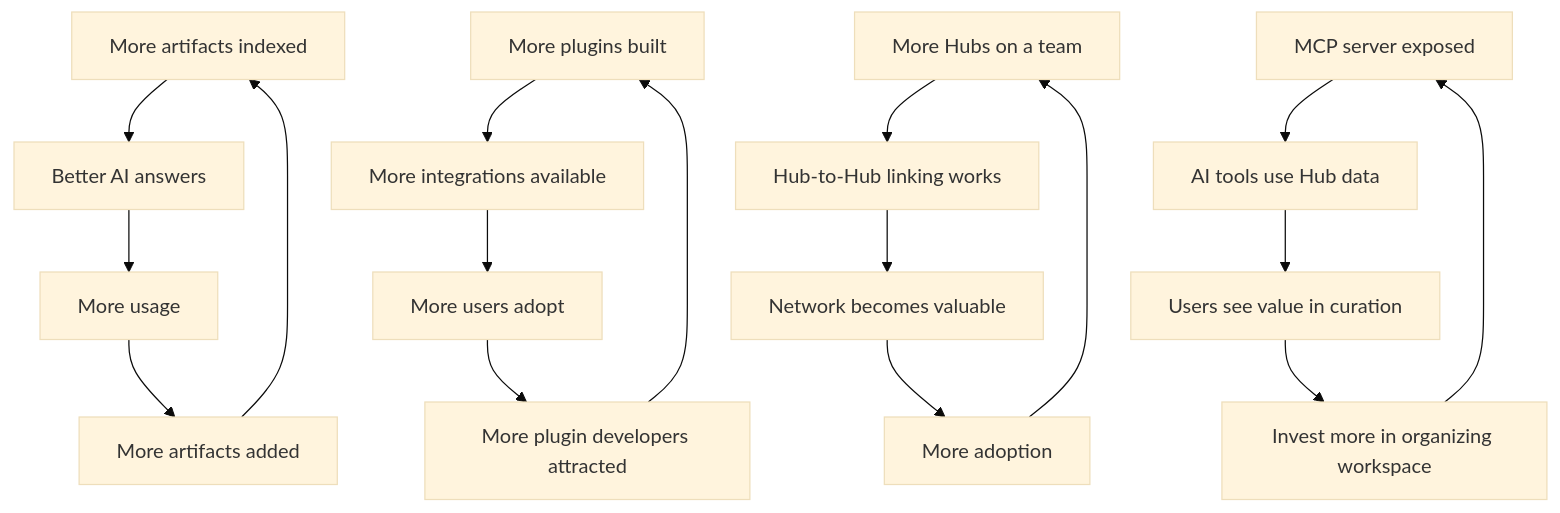
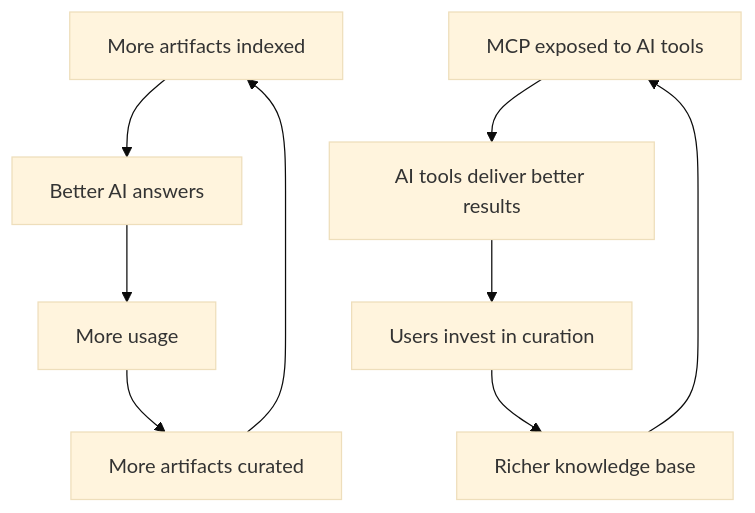
Before and after one commit to ahmedkhaledmohamed/the-hub: the fourth of 4 diagrams in docs/future-developments.md, drawn with Mermaid (base theme). The commit also changed other lines of this file, not shown here.

````diff
--- a/docs/future-developments.md
+++ b/docs/future-developments.md
@@ -254,22 +322,12 @@
 ```mermaid
 flowchart TD
     A1[More artifacts indexed] --> A2[Better AI answers]
     A2 --> A3[More usage]
-    A3 --> A4[More artifacts added]
+    A3 --> A4[More artifacts curated]
     A4 --> A1
 
-    B1[More plugins built] --> B2[More integrations available]
-    B2 --> B3[More users adopt]
-    B3 --> B4[More plugin developers attracted]
+    B1[MCP exposed to AI tools] --> B2[AI tools deliver better results]
+    B2 --> B3[Users invest in curation]
+    B3 --> B4[Richer knowledge base]
     B4 --> B1
-
-    C1[More Hubs on a team] --> C2[Hub-to-Hub linking works]
-    C2 --> C3[Network becomes valuable]
-    C3 --> C4[More adoption]
-    C4 --> C1
-
-    D1[MCP server exposed] --> D2[AI tools use Hub data]
-    D2 --> D3[Users see value in curation]
-    D3 --> D4[Invest more in organizing workspace]
-    D4 --> D1
 ```
````
